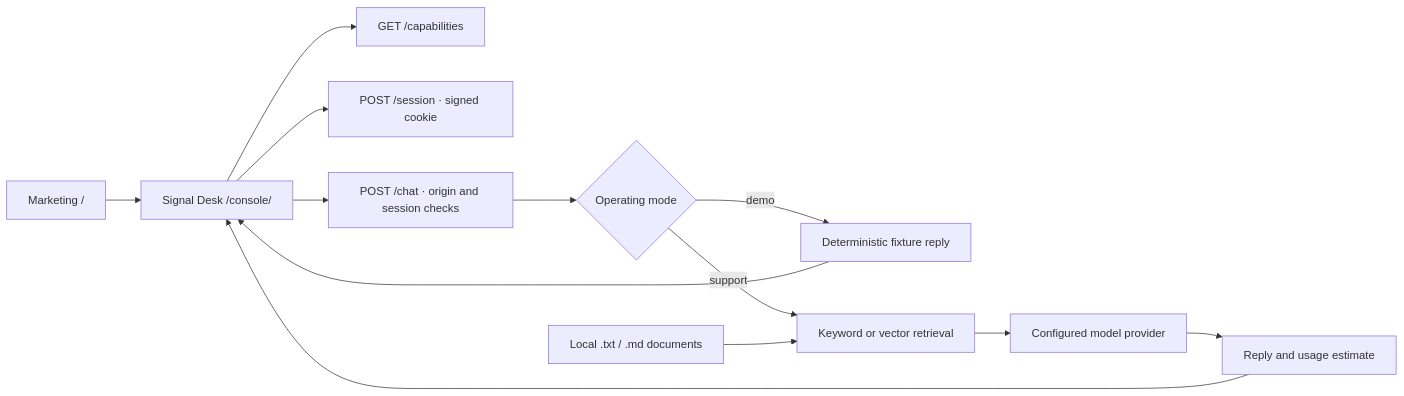
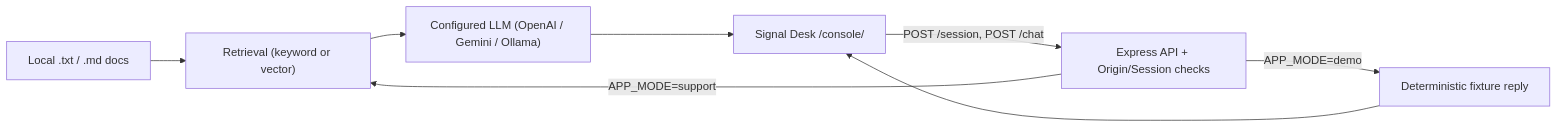
One commit to BradleyXiX/SupportGeniusAI changed the diagram in README.md. Above: the diagram before and after it, drawn with Mermaid. The commit also changed other lines of this file and 23 other files, not shown here.

````diff
--- a/README.md
+++ b/README.md
@@ -83,15 +77,10 @@
 ```mermaid
 flowchart LR
-    Website["Marketing /"] --> Console["Signal Desk /console/"]
-    Console --> Capabilities["GET /capabilities"]
-    Console --> Session["POST /session · signed cookie"]
-    Console --> Chat["POST /chat · origin and session checks"]
-    Chat --> Mode{"Operating mode"}
-    Mode -->|demo| Fixture["Deterministic fixture reply"]
-    Mode -->|support| Retrieval["Keyword or vector retrieval"]
-    Docs["Local .txt / .md documents"] --> Retrieval
-    Retrieval --> Provider["Configured model provider"]
-    Provider --> Reply["Reply and usage estimate"]
-    Fixture --> Console
-    Reply --> Console
+    Docs["Local .txt / .md docs"] --> Retrieval["Retrieval (keyword or vector)"]
+    Client["Signal Desk /console/"] -->|POST /session, POST /chat| Server["Express API + Origin/Session checks"]
+    Server -->|APP_MODE=support| Retrieval
+    Retrieval --> Provider["Configured LLM (OpenAI / Gemini / Ollama)"]
+    Provider --> Client
+    Server -->|APP_MODE=demo| Demo["Deterministic fixture reply"]
+    Demo --> Client
 ```
````
